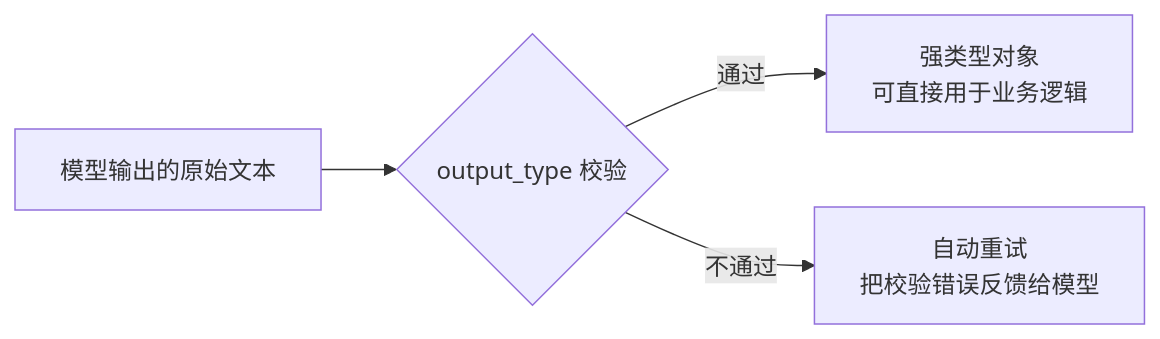
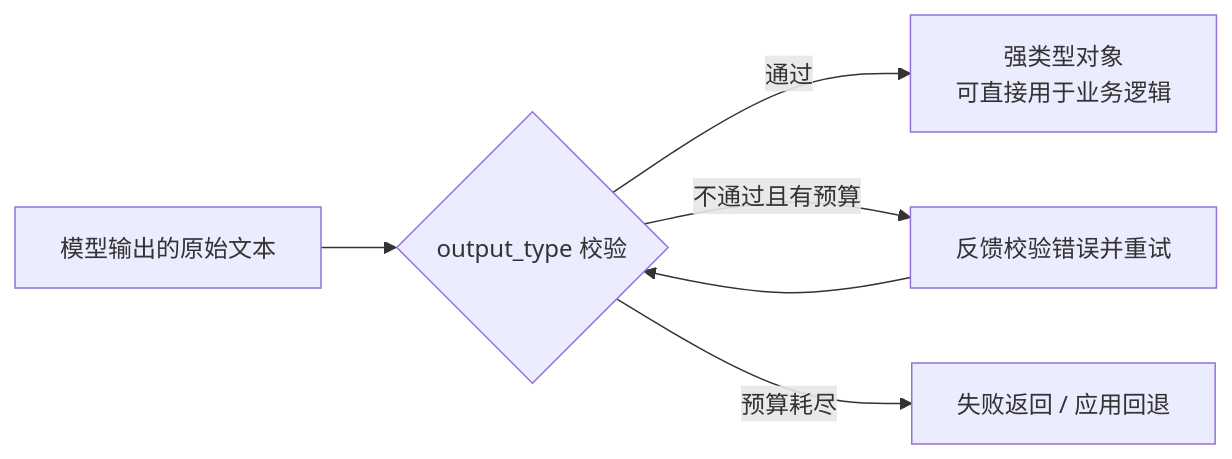
The diagram in docs/frameworks/05-lightweight-agent-frameworks/21-pydanticai-and-decision-matrix.md (oneleaveknowsthefall/awesome-ai-roadmap), drawn with Mermaid before and after one commit. The commit also changed other lines of this file and 61 other files, not shown here.

````diff
--- a/docs/frameworks/05-lightweight-agent-frameworks/21-pydanticai-and-decision-matrix.md
+++ b/docs/frameworks/05-lightweight-agent-frameworks/21-pydanticai-and-decision-matrix.md
@@ -40,6 +60,8 @@
 ```mermaid
 flowchart LR
     A["模型输出的原始文本"] --> B{"output_type 校验"}
     B -->|"通过"| C["强类型对象<br/>可直接用于业务逻辑"]
-    B -->|"不通过"| D["自动重试<br/>把校验错误反馈给模型"]
+    B -->|"不通过且有预算"| D["反馈校验错误并重试"]
+    D --> B
+    B -->|"预算耗尽"| E["失败返回 / 应用回退"]
 ```
````
